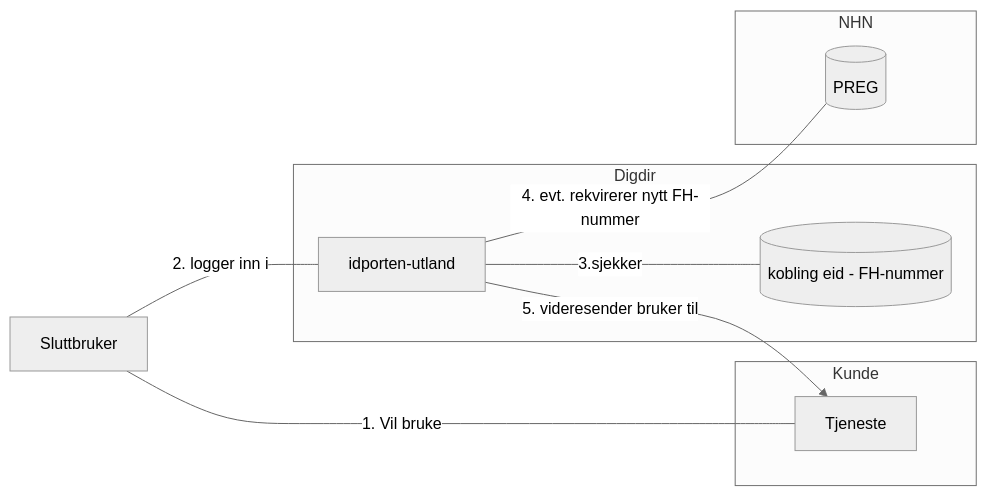
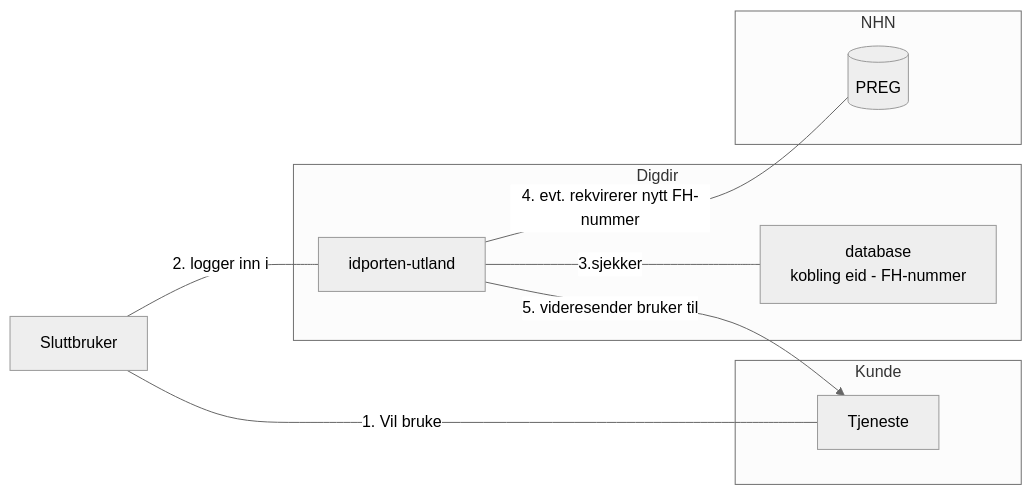
One commit to felleslosninger/docs changed the first of 2 diagrams in _docs/ID-porten/oidc/oidc_func_idporten-utland.md. Above: the diagram before and after it, drawn with Mermaid (neutral theme).

```diff
--- a/_docs/ID-porten/oidc/oidc_func_idporten-utland.md
+++ b/_docs/ID-porten/oidc/oidc_func_idporten-utland.md
@@ -20,18 +20,18 @@
 <div class="mermaid">
  graph LR
    subgraph Kunde
       ny[Tjeneste]
    end
    subgraph Digdir
      OIDC[idporten-utland]
-     db[(kobling eid - FH-nummer)]
+     db[database<br/> kobling eid - FH-nummer]
    end
    subgraph NHN
       reg[(PREG)]
    end
    Sluttbruker ---|1. Vil bruke|ny
    OIDC -->|5. videresender bruker til |ny
    Sluttbruker ---|2. logger inn i  |OIDC
    OIDC ---|3.sjekker|db
    OIDC ---|4. evt. rekvirerer nytt FH-nummer |reg
 </div>
```
